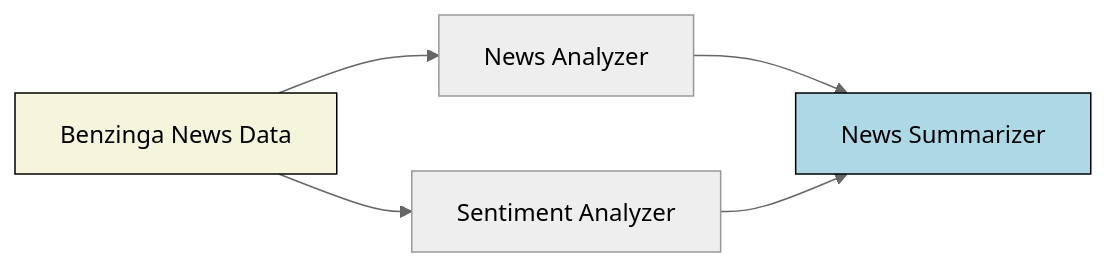
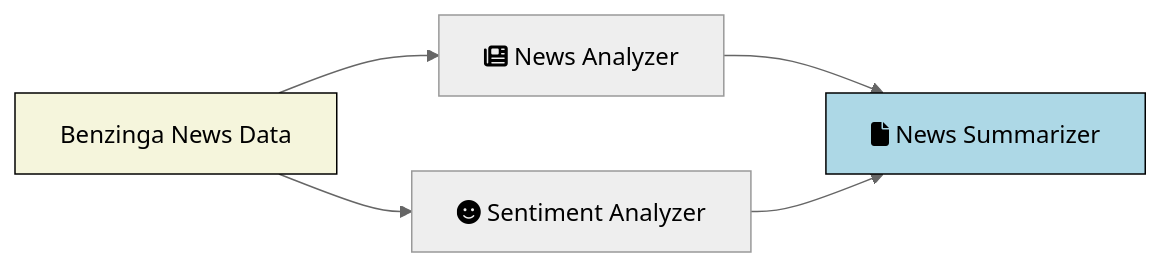
One commit to KevorkSulahian/agentic-llm-for-better-results changed the diagram in include/diagrams/crews/news.mmd. Above: the diagram before and after it, drawn with Mermaid. The commit also changed 51 other files, not shown here.

```diff
--- a/include/diagrams/crews/news.mmd
+++ b/include/diagrams/crews/news.mmd
@@ -1,16 +1,16 @@
 ---
 config:
   look: classic
   theme: neutral
 ---
 flowchart LR
-    A["News Analyzer"] --> S["News Summarizer"]
+    A["fa:fa-newspaper News Analyzer"] --> S["fa:fa-file News Summarizer"]
     B["Benzinga News Data"] --> A
-    SA["Sentiment Analyzer"] --> S
+    SA["fa:fa-face-smile Sentiment Analyzer"] --> S
     B --> SA
 
     classDef beige fill:#F5F5DC,stroke:black
     class B beige
 
     classDef lightBlue fill:#ADD8E6,stroke:black
     class S lightBlue
```
